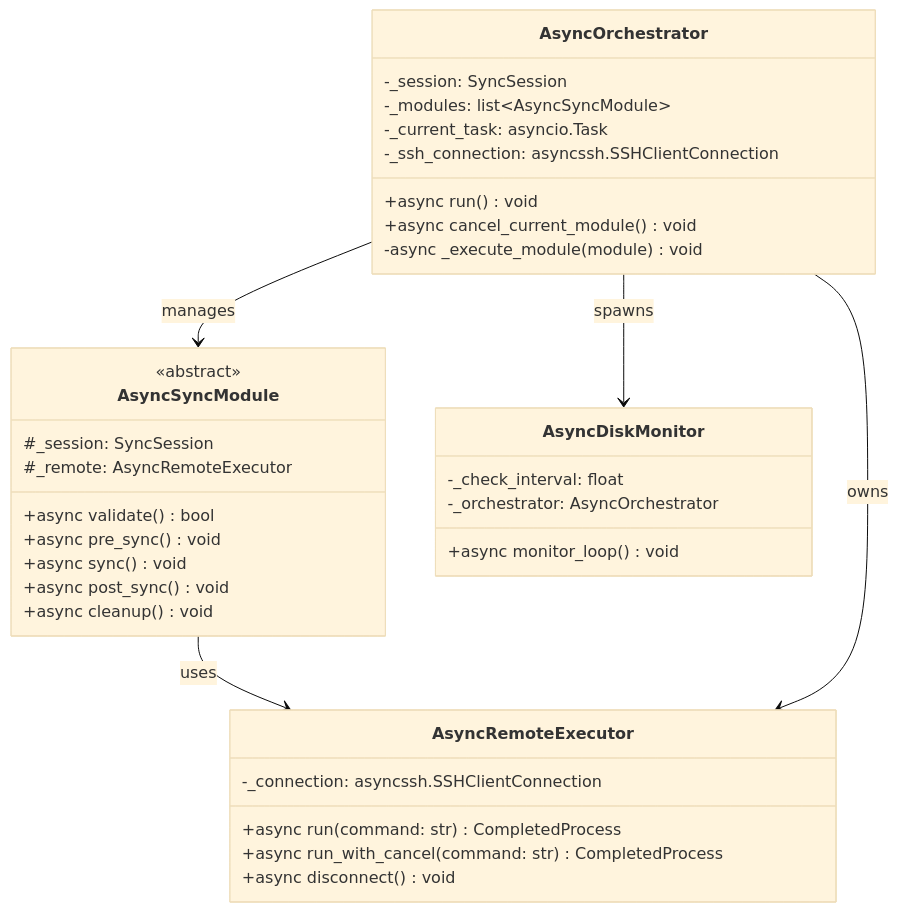
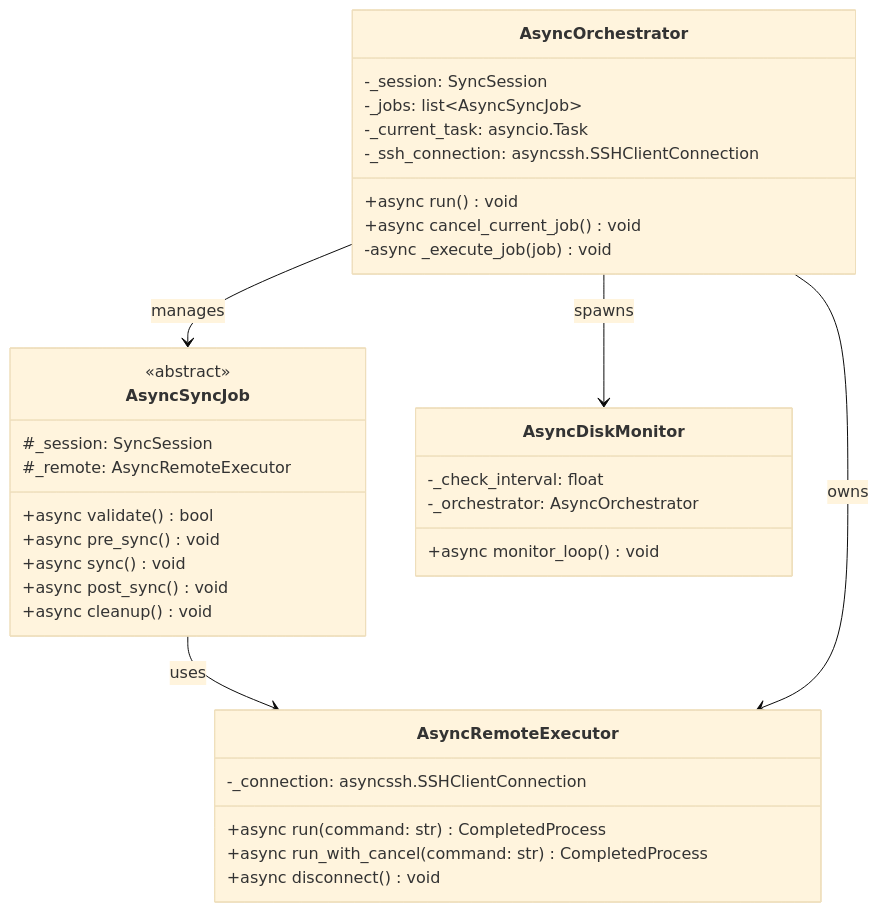
Before and after one commit to flaksit/pc-switcher: the second of 8 diagrams in docs/adr/considerations/async-vs-sync-concurrency-analysis.md, drawn with Mermaid (base theme). The commit also changed other lines of this file and 39 other files, not shown here.

Commit message:
rename Module to Job

````diff
--- a/docs/adr/considerations/async-vs-sync-concurrency-analysis.md
+++ b/docs/adr/considerations/async-vs-sync-concurrency-analysis.md
@@ -343,41 +343,41 @@
 ```mermaid
 classDiagram
-    class AsyncSyncModule {
+    class AsyncSyncJob {
         <<abstract>>
         #_session: SyncSession
         #_remote: AsyncRemoteExecutor
         +async validate() bool
         +async pre_sync() void
         +async sync() void
         +async post_sync() void
         +async cleanup() void
     }
 
     class AsyncOrchestrator {
         -_session: SyncSession
-        -_modules: list~AsyncSyncModule~
+        -_jobs: list~AsyncSyncJob~
         -_current_task: asyncio.Task
         -_ssh_connection: asyncssh.SSHClientConnection
         +async run() void
-        +async cancel_current_module() void
-        -async _execute_module(module) void
+        +async cancel_current_job() void
+        -async _execute_job(job) void
     }
 
     class AsyncRemoteExecutor {
         -_connection: asyncssh.SSHClientConnection
         +async run(command: str) CompletedProcess
         +async run_with_cancel(command: str) CompletedProcess
         +async disconnect() void
     }
 
     class AsyncDiskMonitor {
         -_check_interval: float
         -_orchestrator: AsyncOrchestrator
         +async monitor_loop() void
     }
 
-    AsyncOrchestrator --> AsyncSyncModule : manages
-    AsyncSyncModule --> AsyncRemoteExecutor : uses
+    AsyncOrchestrator --> AsyncSyncJob : manages
+    AsyncSyncJob --> AsyncRemoteExecutor : uses
     AsyncOrchestrator --> AsyncDiskMonitor : spawns
     AsyncOrchestrator --> AsyncRemoteExecutor : owns
 ```
````
